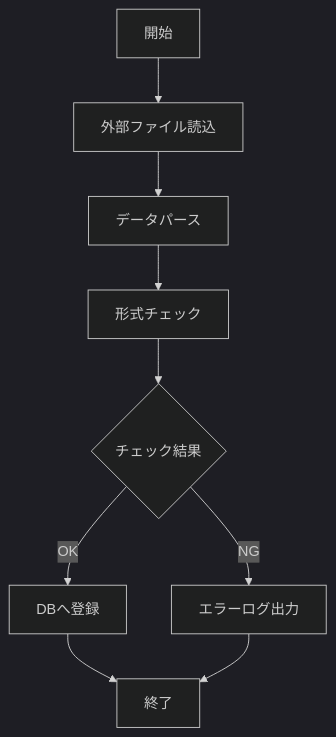
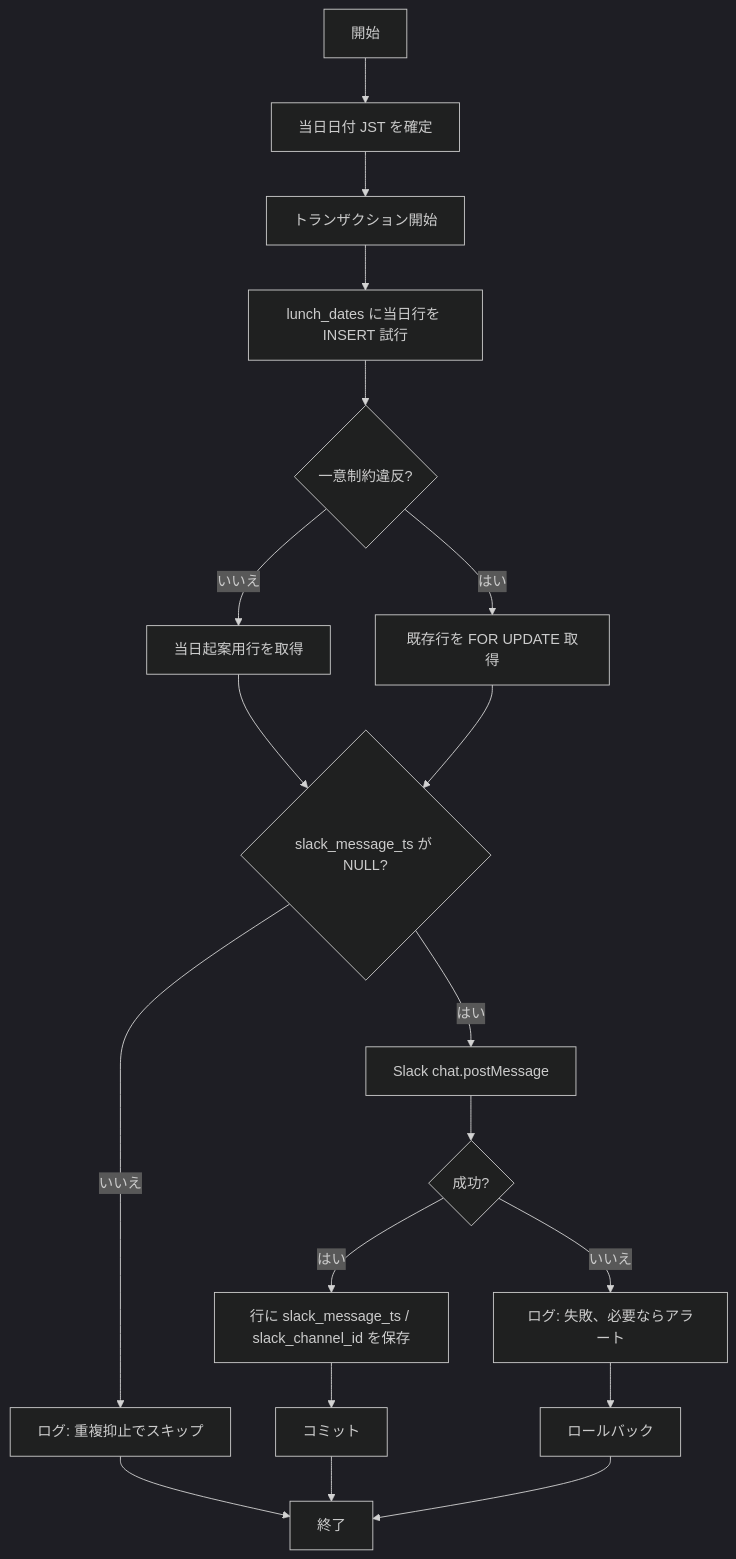
Before and after one commit to ml-kimura/luncher: the diagram in docs/specs/docs/ja/1.0.0/batch/design/bat-001.md, drawn with Mermaid (dark theme). The commit also changed other lines of this file and 43 other files, not shown here.

First line of the commit message:
chore: update db schema artifacts and spec documents

````diff
--- a/docs/specs/docs/ja/1.0.0/batch/design/bat-001.md
+++ b/docs/specs/docs/ja/1.0.0/batch/design/bat-001.md
@@ -27,11 +35,21 @@
 ```mermaid
 flowchart TD
-    Start[開始] --> Read[外部ファイル読込]
-    Read --> Parse[データパース]
-    Parse --> Validate[形式チェック]
-    Validate --> Check{チェック結果}
-    Check -->|OK| Insert[DBへ登録]
-    Check -->|NG| Log[エラーログ出力]
-    Insert --> End[終了]
-    Log --> End
+  Start[開始] --> Date[当日日付 JST を確定]
+  Date --> Tx[トランザクション開始]
+  Tx --> Ins[lunch_dates に当日行を INSERT 試行]
+  Ins --> Dup{一意制約違反?}
+  Dup -->|いいえ| Row[当日起案用行を取得]
+  Dup -->|はい| Lock[既存行を FOR UPDATE 取得]
+  Row --> Check{slack_message_ts が NULL?}
+  Lock --> Check
+  Check -->|いいえ| Skip[ログ: 重複抑止でスキップ]
+  Check -->|はい| Post[Slack chat.postMessage]
+  Post --> Ok{成功?}
+  Ok -->|はい| Upd[行に slack_message_ts / slack_channel_id を保存]
+  Ok -->|いいえ| Fail[ログ: 失敗、必要ならアラート]
+  Upd --> Commit[コミット]
+  Skip --> End[終了]
+  Commit --> End
+  Fail --> Roll[ロールバック]
+  Roll --> End
 ```
````
